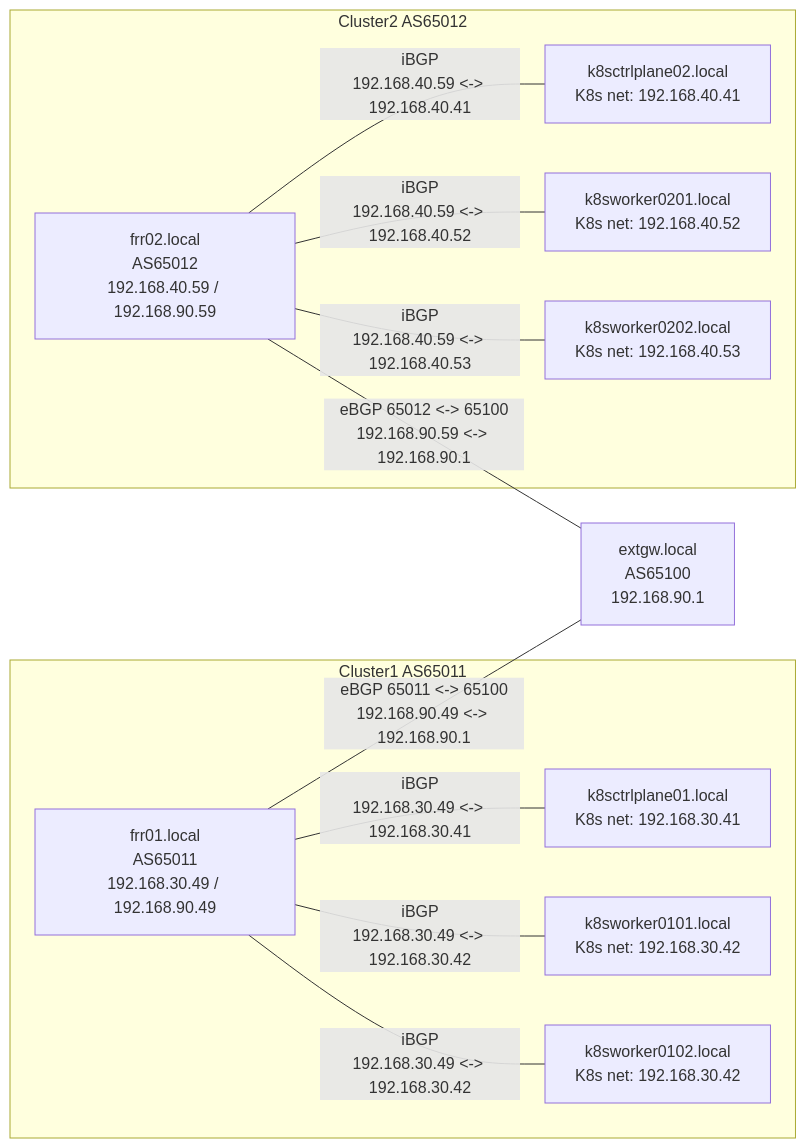
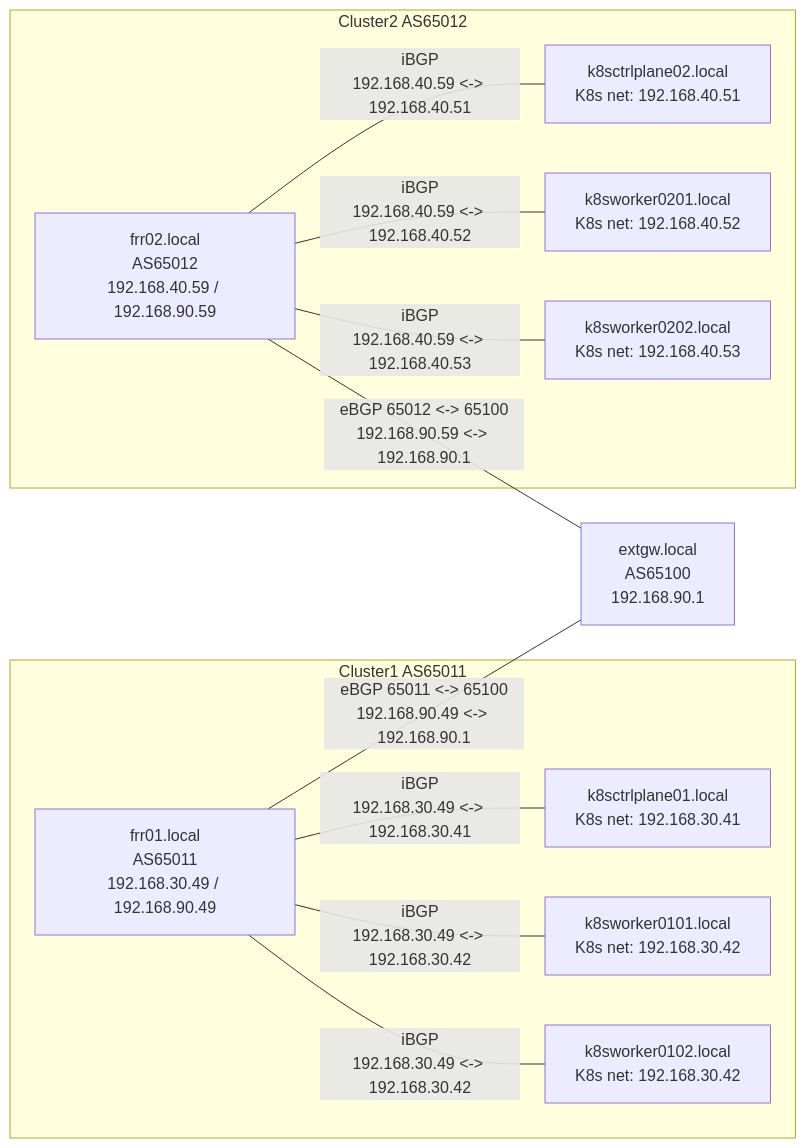
Before and after one commit to takeharukato/ansible-linux-setup: the diagram in Readme.md, drawn with Mermaid.

Commit message:
修正概要:図中のIPアドレスの誤りを修正

````diff
--- a/Readme.md
+++ b/Readme.md
@@ -552,27 +552,27 @@
 ```mermaid
 flowchart LR
   subgraph C1 [Cluster1 AS65011]
     CP1[k8sctrlplane01.local<br/>K8s net: 192.168.30.41]
     W101[k8sworker0101.local<br/>K8s net: 192.168.30.42]
     W102[k8sworker0102.local<br/>K8s net: 192.168.30.42]
     FRR01[frr01.local<br/>AS65011<br/>192.168.30.49 / 192.168.90.49]
   end
 
   subgraph C2 [Cluster2 AS65012]
-    CP2[k8sctrlplane02.local<br/>K8s net: 192.168.40.41]
+    CP2[k8sctrlplane02.local<br/>K8s net: 192.168.40.51]
     W201[k8sworker0201.local<br/>K8s net: 192.168.40.52]
     W202[k8sworker0202.local<br/>K8s net: 192.168.40.53]
     FRR02[frr02.local<br/>AS65012<br/>192.168.40.59 / 192.168.90.59]
   end
 
   EXT[extgw.local<br/>AS65100<br/>192.168.90.1]
 
   FRR01 ---|"iBGP<br/>192.168.30.49 <-> 192.168.30.41"| CP1
   FRR01 ---|"iBGP<br/>192.168.30.49 <-> 192.168.30.42"| W101
   FRR01 ---|"iBGP<br/>192.168.30.49 <-> 192.168.30.42"| W102
-  FRR02 ---|"iBGP<br/>192.168.40.59 <-> 192.168.40.41"| CP2
+  FRR02 ---|"iBGP<br/>192.168.40.59 <-> 192.168.40.51"| CP2
   FRR02 ---|"iBGP<br/>192.168.40.59 <-> 192.168.40.52"| W201
   FRR02 ---|"iBGP<br/>192.168.40.59 <-> 192.168.40.53"| W202
   FRR01 ---|"eBGP 65011 <-> 65100<br/>192.168.90.49 <-> 192.168.90.1"| EXT
   FRR02 ---|"eBGP 65012 <-> 65100<br/>192.168.90.59 <-> 192.168.90.1"| EXT
 ```
````
